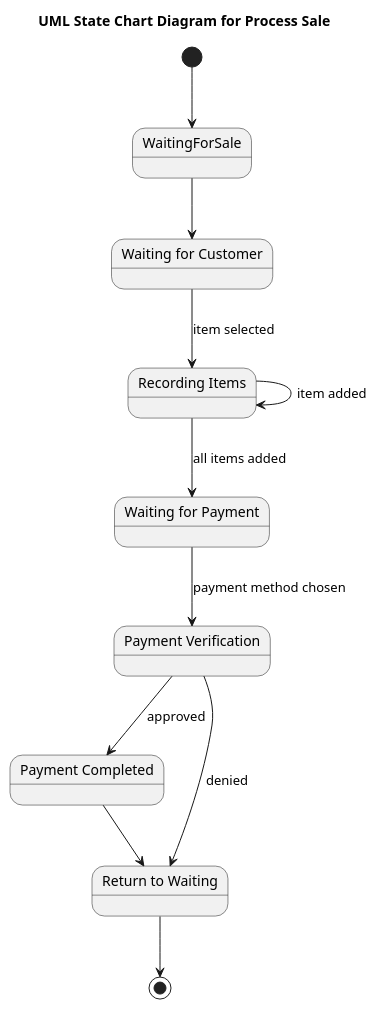
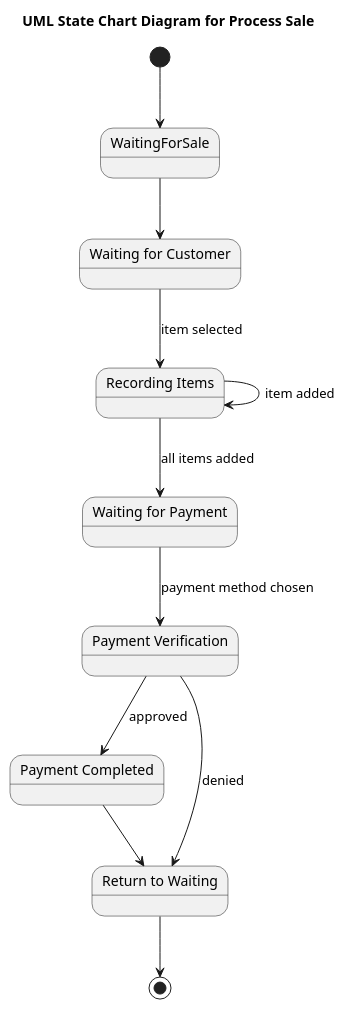
The diagram in Code/untitled folder/results/plantuml_pipeline/runs/open_source__mistral__rag/case_51_process_sale/run_01.puml (maimunafaria/State_transition_Diagram_generated_by_LLM), drawn with PlantUML before and after one commit. The commit also changed 4 other files, not shown here.

```diff
--- a/Code/untitled folder/results/plantuml_pipeline/runs/open_source__mistral__rag/case_51_process_sale/run_01.puml
+++ b/Code/untitled folder/results/plantuml_pipeline/runs/open_source__mistral__rag/case_51_process_sale/run_01.puml
@@ -1,25 +1,27 @@
 @startuml
 title UML State Chart Diagram for Process Sale
 
-[*] --> WaitingForSale
+
 
 state "Waiting for Customer" as WaitingCustomer
 state "Recording Items" as RecordingItems
 state "Waiting for Payment" as WaitingPayment
 state "Payment Verification" as PaymentVerification
 state "Payment Completed" as PaymentCompleted
 state "Return to Waiting" as ReturnToWaiting
+
+[*] --> WaitingForSale
 
 WaitingForSale --> WaitingCustomer
 
 WaitingCustomer --> RecordingItems : item selected
 RecordingItems --> RecordingItems : item added
 RecordingItems --> WaitingPayment : all items added
 WaitingPayment --> PaymentVerification : payment method chosen
 
 PaymentVerification --> PaymentCompleted : approved
 PaymentVerification --> ReturnToWaiting : denied
 
 PaymentCompleted --> ReturnToWaiting
 ReturnToWaiting --> [*]
 @enduml
```
